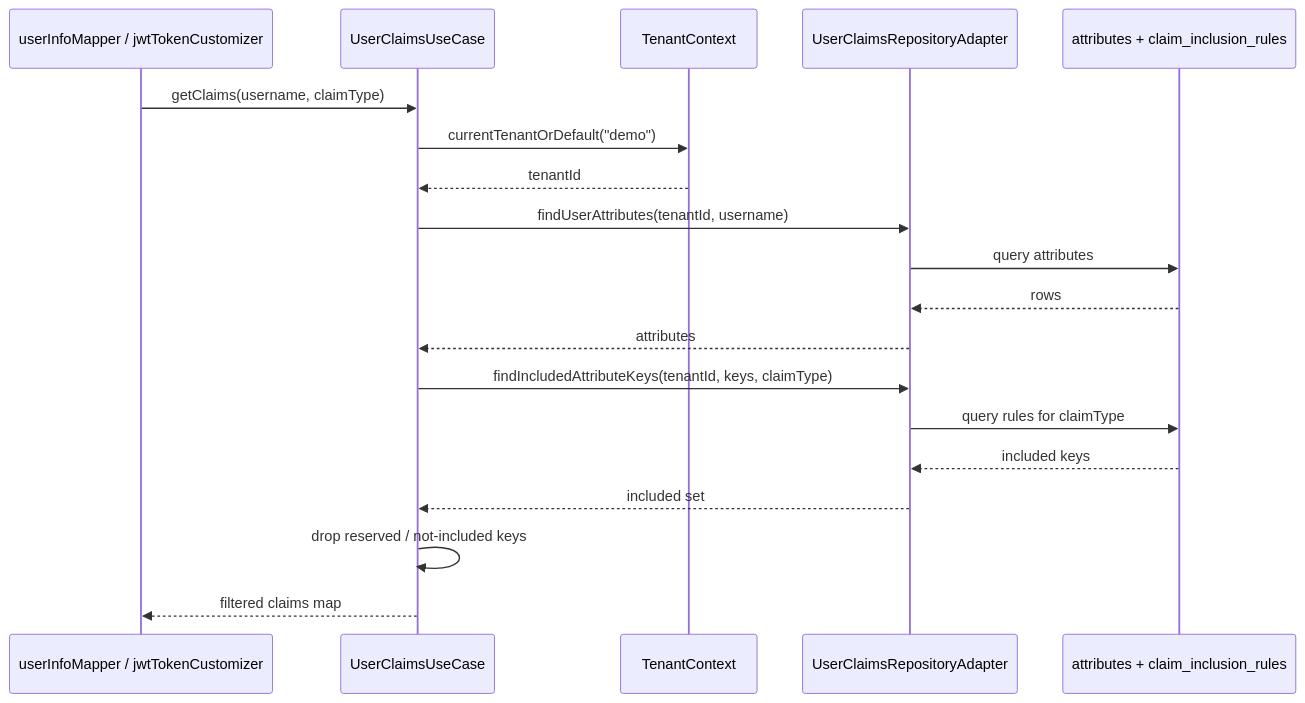
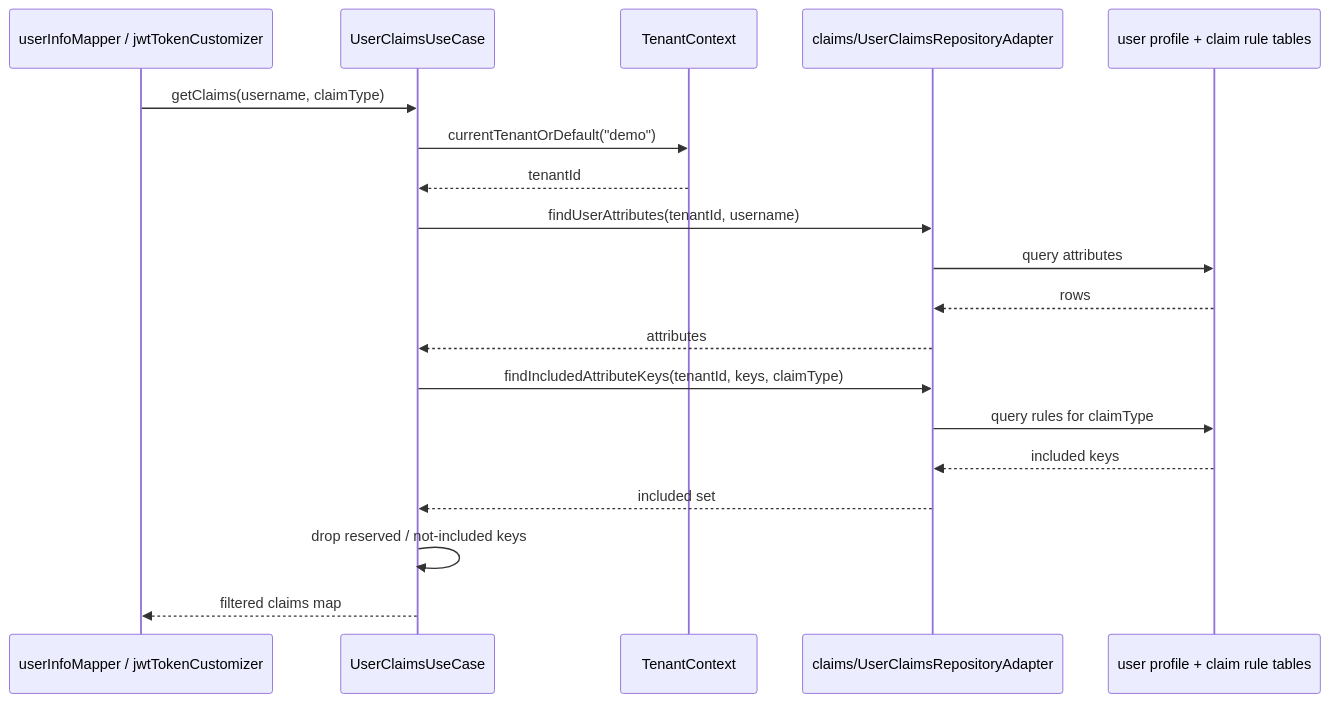
One commit to edmaputra/ed-auth changed the diagram in documentation/features/05-dynamic-claims.md. Above: the diagram before and after it, drawn with Mermaid. The commit also changed other lines of this file and 25 other files, not shown here.

````diff
--- a/documentation/features/05-dynamic-claims.md
+++ b/documentation/features/05-dynamic-claims.md
@@ -67,22 +67,22 @@
 ```mermaid
 sequenceDiagram
     participant Caller as userInfoMapper / jwtTokenCustomizer
     participant UC as UserClaimsUseCase
     participant T as TenantContext
-    participant D as UserClaimsRepositoryAdapter
-    participant DB as attributes + claim_inclusion_rules
+    participant D as claims/UserClaimsRepositoryAdapter
+    participant DB as user profile + claim rule tables
 
     Caller->>UC: getClaims(username, claimType)
     UC->>T: currentTenantOrDefault("demo")
     T-->>UC: tenantId
     UC->>D: findUserAttributes(tenantId, username)
     D->>DB: query attributes
     DB-->>D: rows
     D-->>UC: attributes
     UC->>D: findIncludedAttributeKeys(tenantId, keys, claimType)
     D->>DB: query rules for claimType
     DB-->>D: included keys
     D-->>UC: included set
     UC->>UC: drop reserved / not-included keys
     UC-->>Caller: filtered claims map
 ```
````
